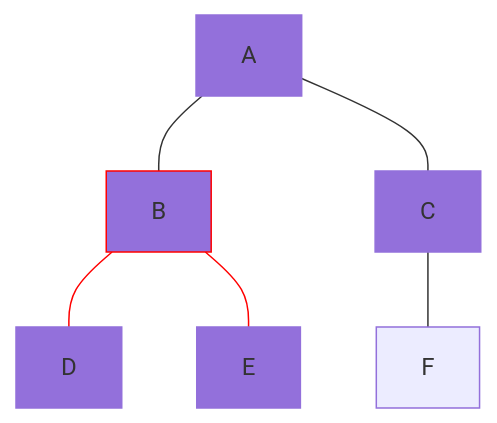
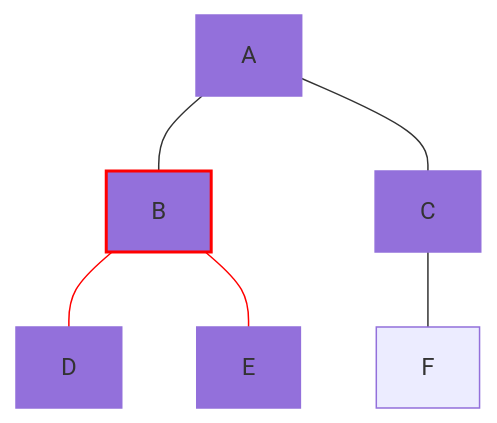
Before and after one commit to leessang01/leessang01.github.io: the fourth of 15 diagrams in _posts/2024-06-02-BFS.md, drawn with Mermaid. The commit also changed other lines of this file, not shown here.

````diff
--- a/_posts/2024-06-02-BFS.md
+++ b/_posts/2024-06-02-BFS.md
@@ -146,14 +149,14 @@
 ```mermaid
 graph TD
  A---B;
  A---C;
  B---D;
  B---E;
  C---F;
  linkStyle 2,3 stroke:red
  style A fill:#9370DB
- style B fill:#9370DB, stroke:red
+ style B fill:#9370DB, stroke:red, stroke-width:2px
  style C fill:#9370DB
  style D fill:#9370DB
  style E fill:#9370DB
 ```
````
